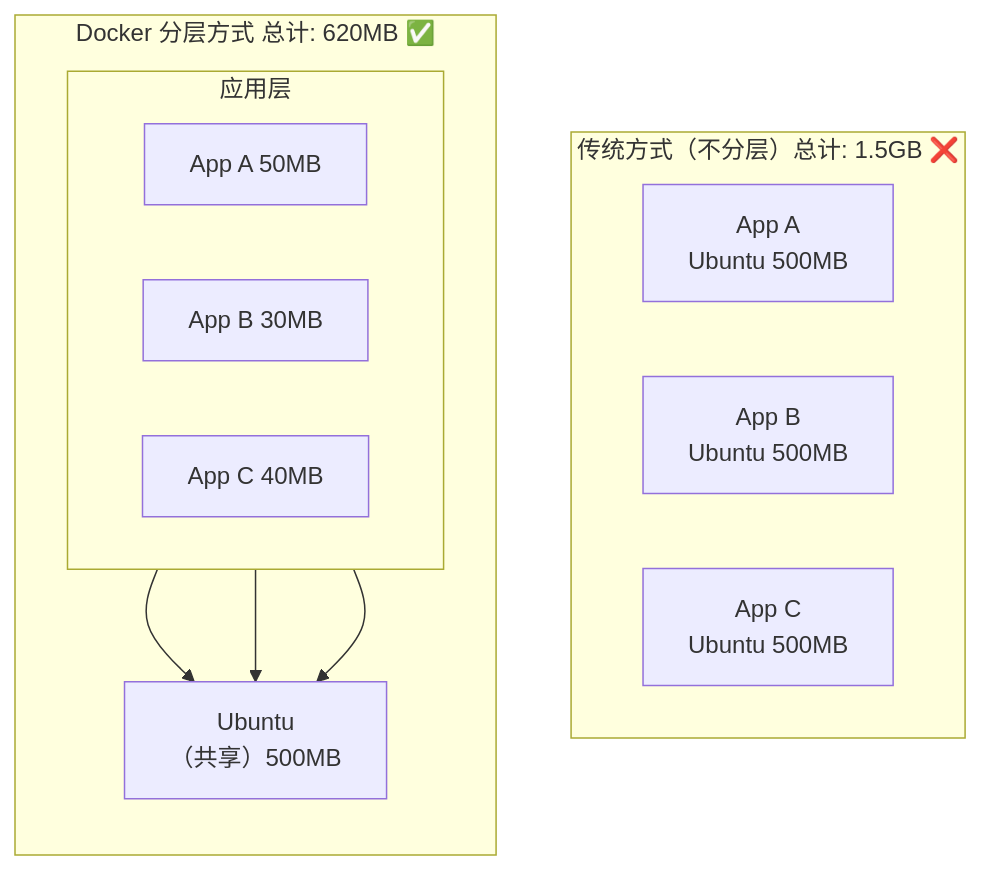
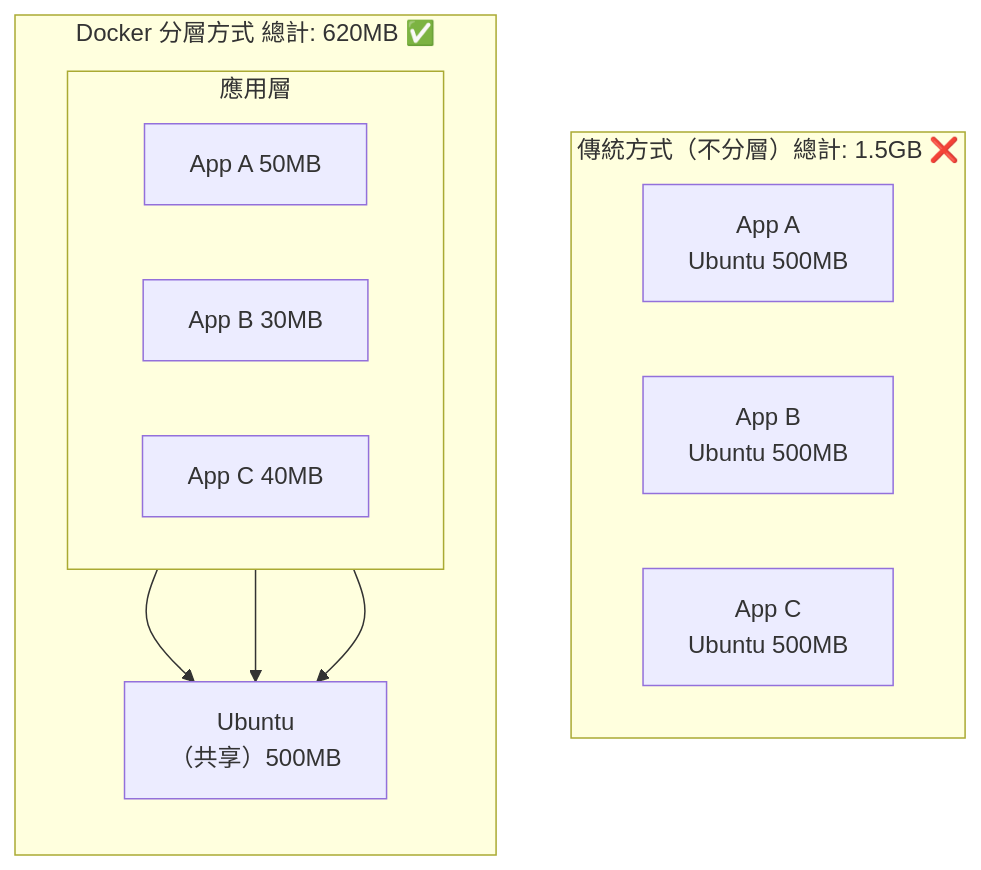
The second of 3 diagrams in 02_basic_concept/2.1_image.md (doggy8088/docker_practice), drawn with Mermaid before and after one commit. The commit also changed other lines of this file and 211 other files, not shown here.

````diff
--- a/02_basic_concept/2.1_image.md
+++ b/02_basic_concept/2.1_image.md
@@ -61,24 +61,24 @@
 ```mermaid
 flowchart TD
-    subgraph Traditional ["传统方式（不分层）总计: 1.5GB ❌"]
+    subgraph Traditional ["傳統方式（不分層）總計: 1.5GB ❌"]
         direction LR
         AppA_Trad["App A<br/>Ubuntu 500MB"]
         AppB_Trad["App B<br/>Ubuntu 500MB"]
         AppC_Trad["App C<br/>Ubuntu 500MB"]
     end
 
-    subgraph DockerLayered ["Docker 分层方式 总计: 620MB ✅"]
+    subgraph DockerLayered ["Docker 分層方式 總計: 620MB ✅"]
         direction TB
-        subgraph Apps ["应用层"]
+        subgraph Apps ["應用層"]
             direction LR
             AppA["App A 50MB"]
             AppB["App B 30MB"]
             AppC["App C 40MB"]
         end
         Ubuntu["Ubuntu<br/>（共享）500MB"]
 
         AppA --> Ubuntu
         AppB --> Ubuntu
         AppC --> Ubuntu
     end
 ```
````
